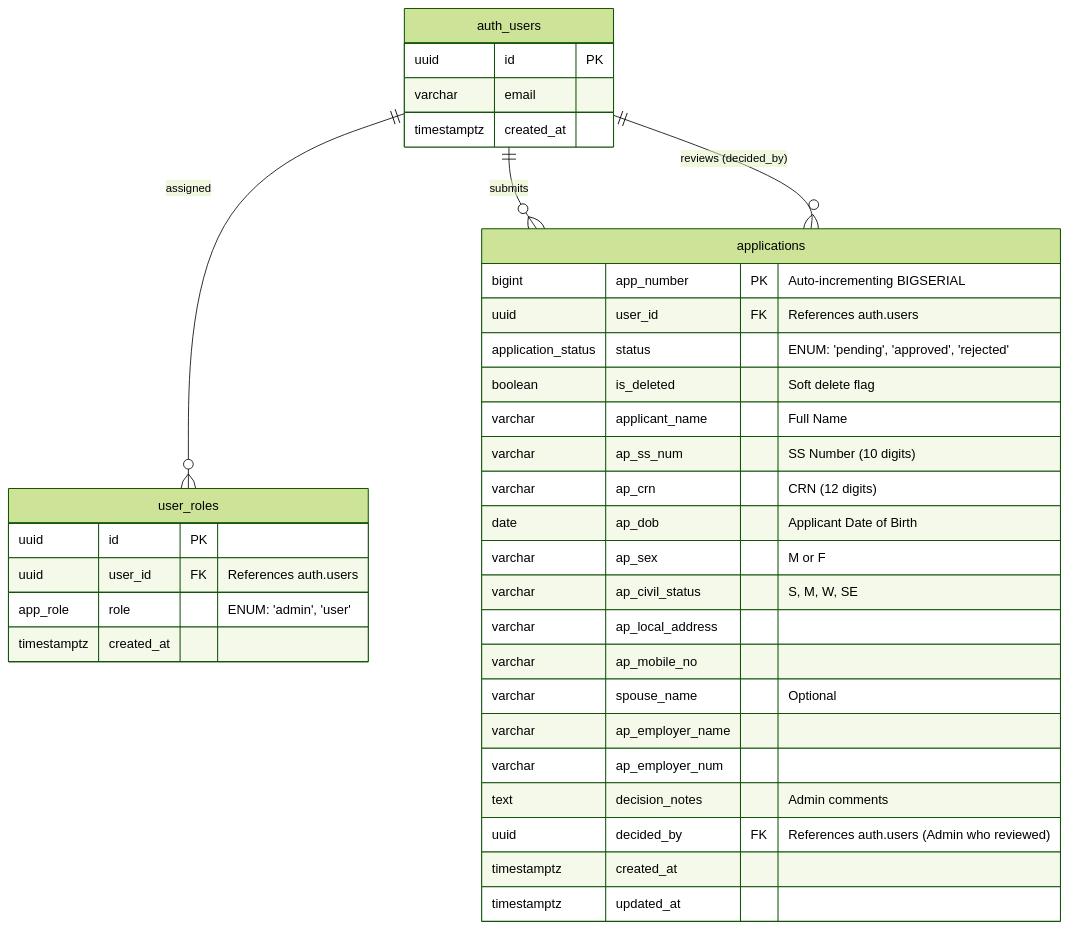
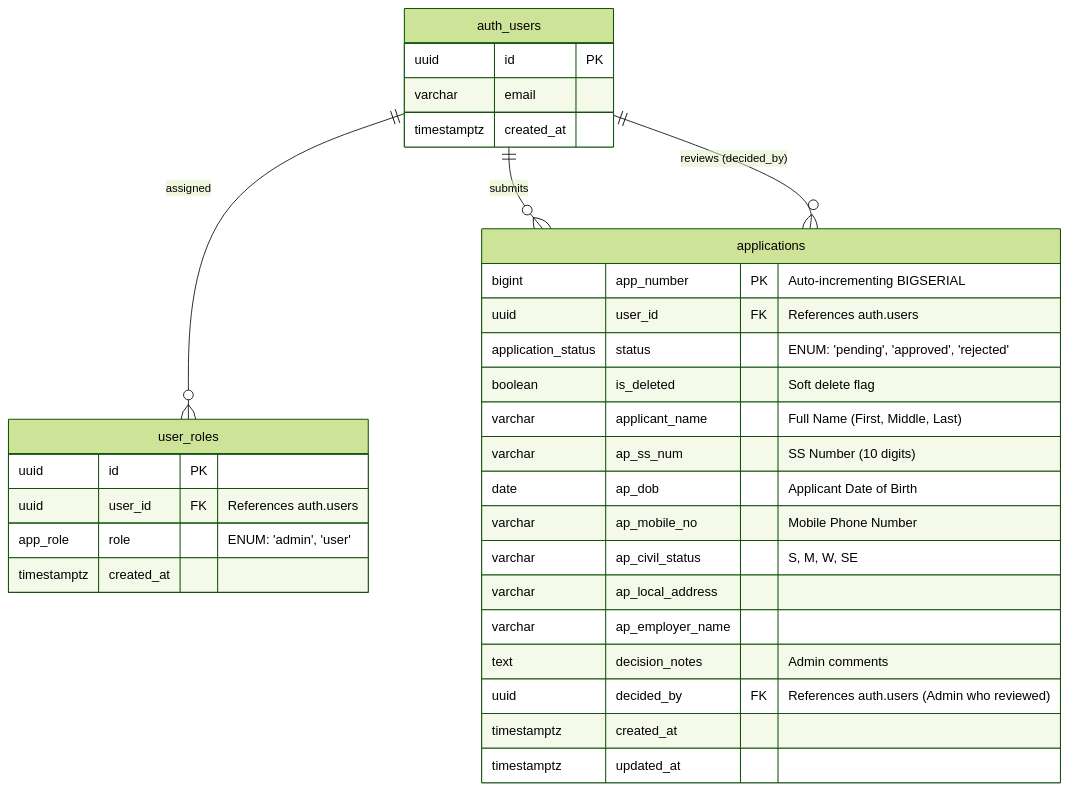
One commit to djhizon/sss_sql changed the second of 2 diagrams in technical_documentation.md. Above: the diagram before and after it, drawn with Mermaid (forest theme). The commit also changed other lines of this file, not shown here.

Commit message:
docs: enhance technical documentation with detailed system architecture and flow diagrams

````diff
--- a/technical_documentation.md
+++ b/technical_documentation.md
@@ -34,41 +82,37 @@
 ```mermaid
 erDiagram
     auth_users {
         uuid id PK
         varchar email
         timestamptz created_at
     }
     
     user_roles {
         uuid id PK
         uuid user_id FK "References auth.users"
         app_role role "ENUM: 'admin', 'user'"
         timestamptz created_at
     }
     
     applications {
         bigint app_number PK "Auto-incrementing BIGSERIAL"
         uuid user_id FK "References auth.users"
         application_status status "ENUM: 'pending', 'approved', 'rejected'"
         boolean is_deleted "Soft delete flag"
-        varchar applicant_name "Full Name"
+        varchar applicant_name "Full Name (First, Middle, Last)"
         varchar ap_ss_num "SS Number (10 digits)"
-        varchar ap_crn "CRN (12 digits)"
         date ap_dob "Applicant Date of Birth"
-        varchar ap_sex "M or F"
+        varchar ap_mobile_no "Mobile Phone Number"
         varchar ap_civil_status "S, M, W, SE"
         varchar ap_local_address
-        varchar ap_mobile_no
-        varchar spouse_name "Optional"
         varchar ap_employer_name
-        varchar ap_employer_num
         text decision_notes "Admin comments"
         uuid decided_by FK "References auth.users (Admin who reviewed)"
         timestamptz created_at
         timestamptz updated_at
     }
     
     auth_users ||--o{ user_roles : "assigned"
     auth_users ||--o{ applications : "submits"
     auth_users ||--o{ applications : "reviews (decided_by)"
 ```
````
